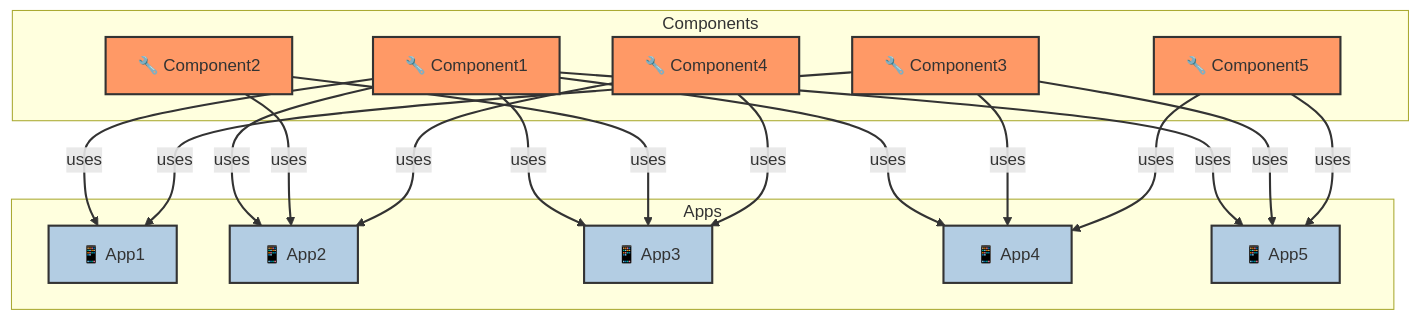
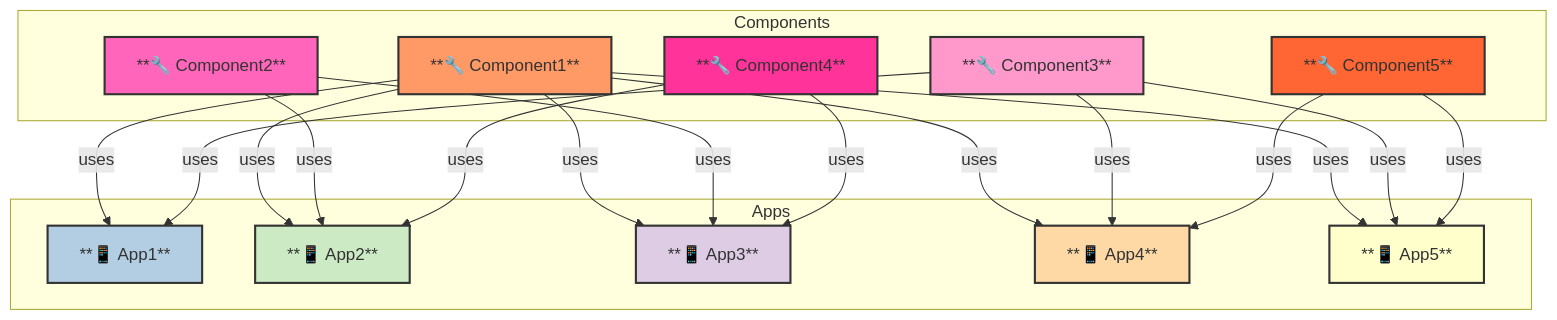
One commit to tavisca-gkochar/gkochar-tavisca.com changed the first of 3 diagrams in testdependency.md. Above: the diagram before and after it, drawn with Mermaid. The commit also changed other lines of this file, not shown here.

````diff
--- a/testdependency.md
+++ b/testdependency.md
@@ -5,42 +5,48 @@
 ```mermaid
 graph TD;
     %% Define subgraph Components
     subgraph Components
-        C1[🔧 Component1]
-        C2[🔧 Component2]
-        C3[🔧 Component3]
-        C4[🔧 Component4]
-        C5[🔧 Component5]
+        C1[**🔧 Component1**]
+        C2[**🔧 Component2**]
+        C3[**🔧 Component3**]
+        C4[**🔧 Component4**]
+        C5[**🔧 Component5**]
     end
 
     subgraph Apps
-        A1[📱 App1]
-        A2[📱 App2]
-        A3[📱 App3]
-        A4[📱 App4]
-        A5[📱 App5]
+        A1[**📱 App1**]
+        A2[**📱 App2**]
+        A3[**📱 App3**]
+        A4[**📱 App4**]
+        A5[**📱 App5**]
     end
 
     %% Define relationships
     C1 -->|uses| A1;
     C1 -->|uses| A2;
     C1 -->|uses| A3;
     C1 -->|uses| A4;
     C1 -->|uses| A5;
     C2 -->|uses| A2;
     C2 -->|uses| A3;
     C3 -->|uses| A1;
     C3 -->|uses| A4;
     C3 -->|uses| A5;
     C4 -->|uses| A2;
     C4 -->|uses| A3;
     C5 -->|uses| A4;
     C5 -->|uses| A5;
 
-    %% Styling nodes and edges
-    classDef component fill:#f96,stroke:#333,stroke-width:2px;
-    classDef app fill:#b3cde3,stroke:#333,stroke-width:2px;
-    class C1,C2,C3,C4,C5 component;
-    class A1,A2,A3,A4,A5 app;
-    linkStyle default stroke:#333,stroke-width:2px;
+    %% Adding styles and theming
+    style C1 fill:#f96,stroke:#333,stroke-width:2px;
+    style C2 fill:#f6b,stroke:#333,stroke-width:2px;
+    style C3 fill:#f9c,stroke:#333,stroke-width:2px;
+    style C4 fill:#f39,stroke:#333,stroke-width:2px;
+    style C5 fill:#f63,stroke:#333,stroke-width:2px;
+
+    style A1 fill:#b3cde3,stroke:#333,stroke-width:2px;
+    style A2 fill:#ccebc5,stroke:#333,stroke-width:2px;
+    style A3 fill:#decbe4,stroke:#333,stroke-width:2px;
+    style A4 fill:#fed9a6,stroke:#333,stroke-width:2px;
+    style A5 fill:#ffffcc,stroke:#333,stroke-width:2px;
 ```
````
